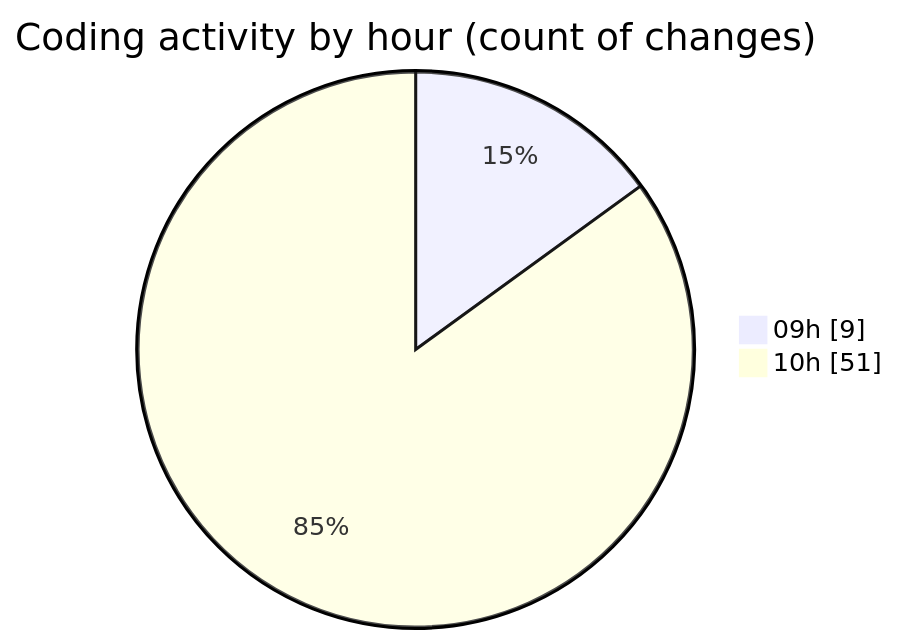
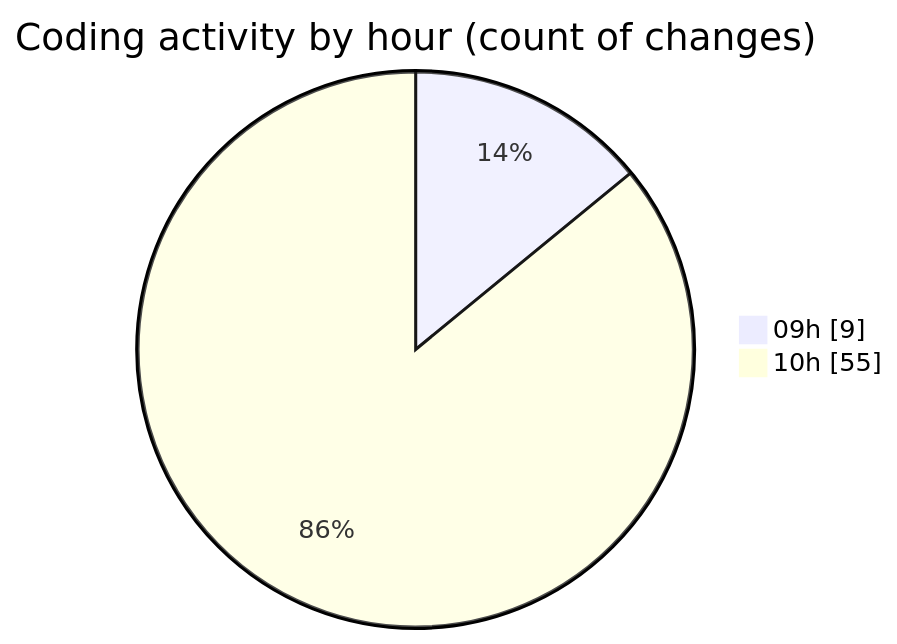
One commit to robertbonfada/code-tracking changed the second of 2 diagrams in 2025-03-04/termonied_testador/README.md. Above: the diagram before and after it, drawn with Mermaid. The commit also changed other lines of this file and 1 other file, not shown here.

````diff
--- a/2025-03-04/termonied_testador/README.md
+++ b/2025-03-04/termonied_testador/README.md
@@ -35,6 +35,6 @@
 ```mermaid
 pie showData
 title Coding activity by hour (count of changes)
 "09h" : 9
-"10h" : 51
+"10h" : 55
 ```
````
